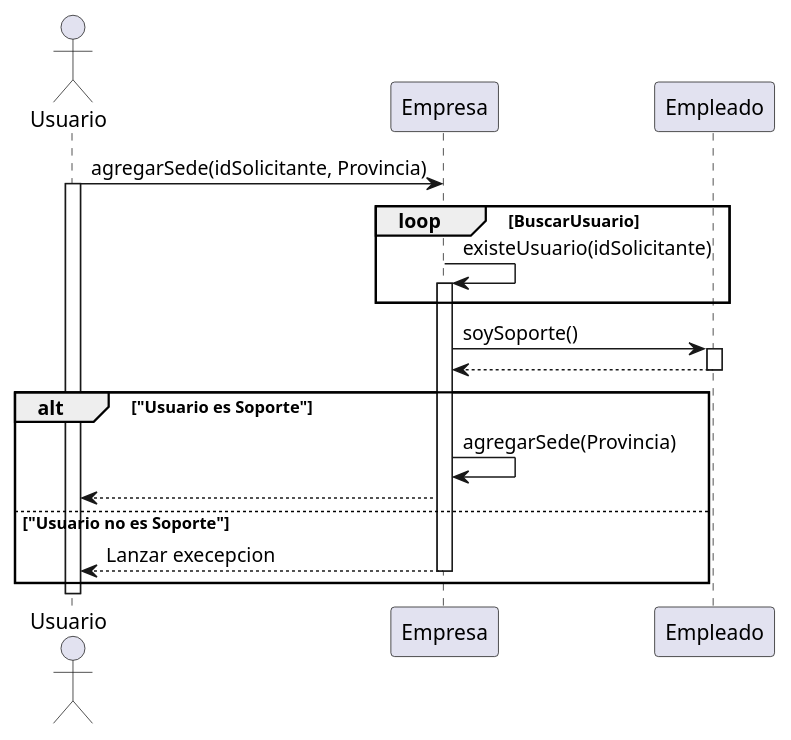
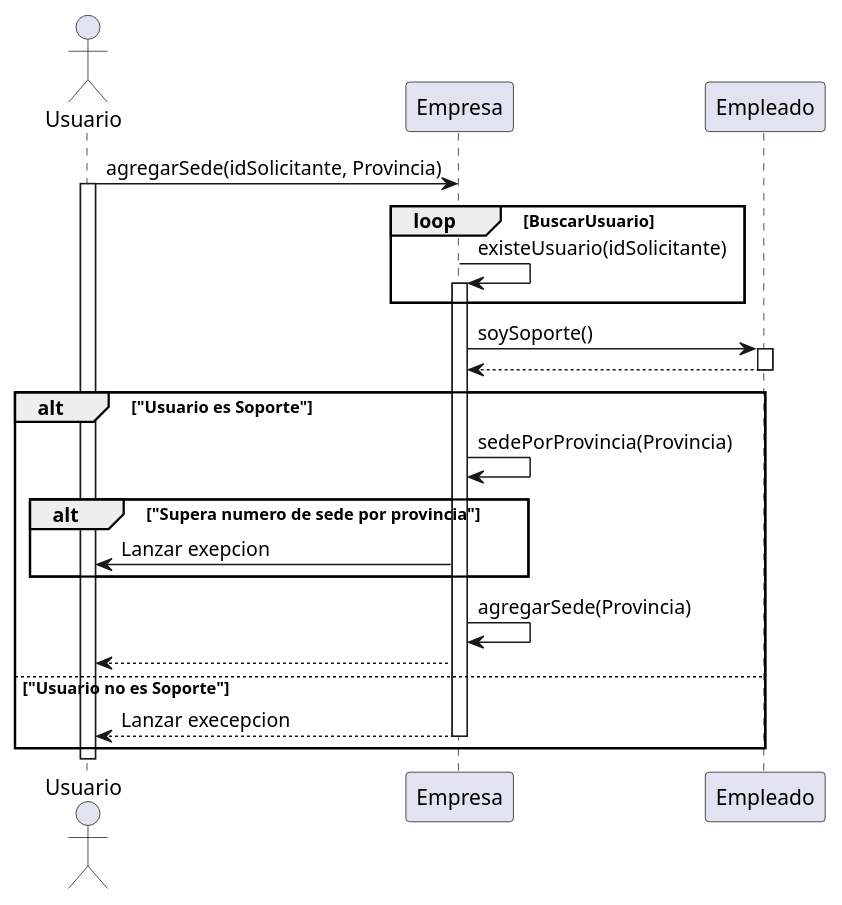
Before and after one commit to SrBigotones/UADE_TPO_OOP: the diagram in diagramas/secAgregarSede.plantuml, drawn with PlantUML. The commit also changed 1 other file, not shown here.

Commit message:
update diagsecuencia sede y clases

```diff
--- a/diagramas/secAgregarSede.plantuml
+++ b/diagramas/secAgregarSede.plantuml
@@ -1,23 +1,27 @@
 @startuml
     Actor Usuario
     Usuario -> Empresa: agregarSede(idSolicitante, Provincia)
     Activate Usuario
     
     loop BuscarUsuario
     Empresa -> Empresa: existeUsuario(idSolicitante)
     Activate Empresa
     end BuscarUsuario
     Empresa -> Empleado: soySoporte()
     Activate Empleado
     Empleado --> Empresa
     Deactivate Empleado
     alt "Usuario es Soporte"
+        Empresa -> Empresa: sedePorProvincia(Provincia)
+        alt "Supera numero de sede por provincia"
+            Empresa -> Usuario: Lanzar exepcion
+        end "Supera numero de sede por provincia"
         Empresa -> Empresa: agregarSede(Provincia)
         Empresa --> Usuario
     else "Usuario no es Soporte"
         Empresa --> Usuario: Lanzar execepcion
     Deactivate Empresa
     end "Usuario Existe"
     Deactivate Usuario
 
 @enduml
```
